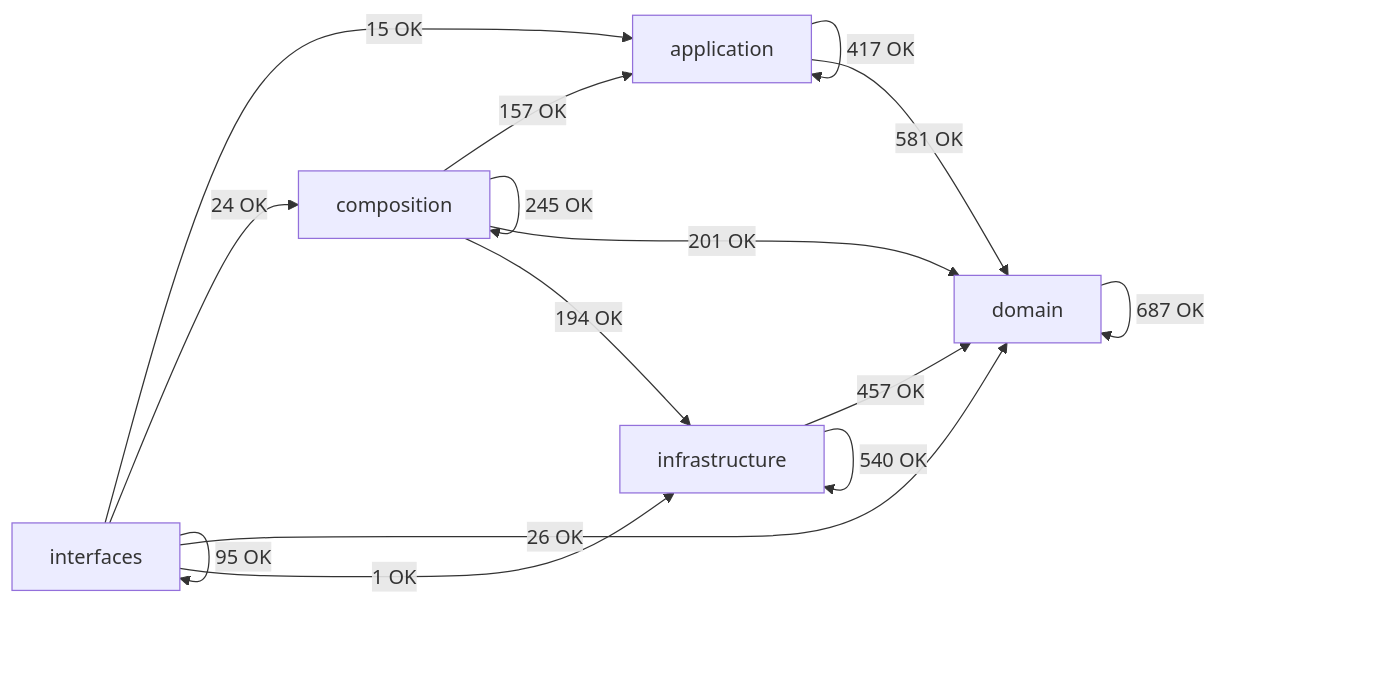
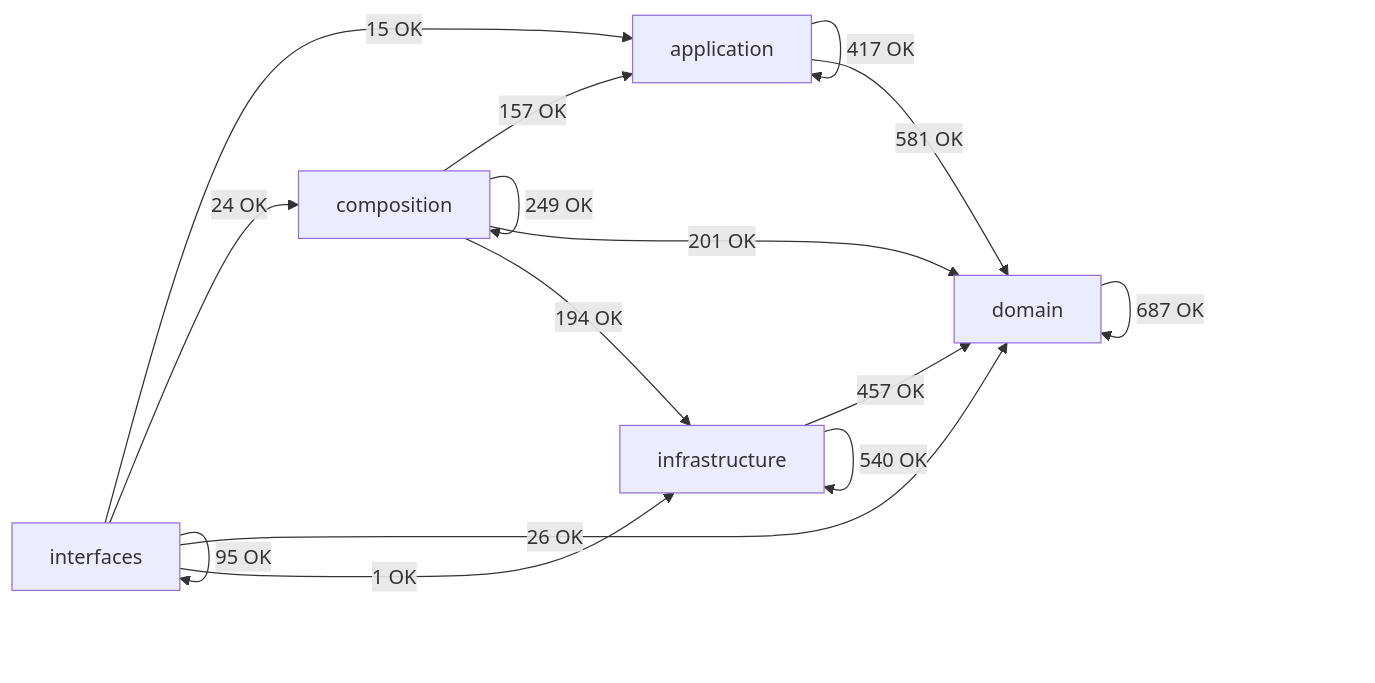
Before and after one commit to SatoryKono/BioactivityDataAcquisition: the diagram in docs/02-architecture/generated/module-dependency-map.md, drawn with Mermaid. The commit also changed other lines of this file and 2 other files, not shown here.

````diff
--- a/docs/02-architecture/generated/module-dependency-map.md
+++ b/docs/02-architecture/generated/module-dependency-map.md
@@ -16,22 +16,22 @@
 ```mermaid
 flowchart LR
     domain[domain]
     application[application]
     infrastructure[infrastructure]
     composition[composition]
     interfaces[interfaces]
     application -->|417 OK| application
     application -->|581 OK| domain
     composition -->|157 OK| application
-    composition -->|245 OK| composition
+    composition -->|249 OK| composition
     composition -->|201 OK| domain
     composition -->|194 OK| infrastructure
     domain -->|687 OK| domain
     infrastructure -->|457 OK| domain
     infrastructure -->|540 OK| infrastructure
     interfaces -->|15 OK| application
     interfaces -->|24 OK| composition
     interfaces -->|26 OK| domain
     interfaces -->|1 OK| infrastructure
     interfaces -->|95 OK| interfaces
 ```
````
